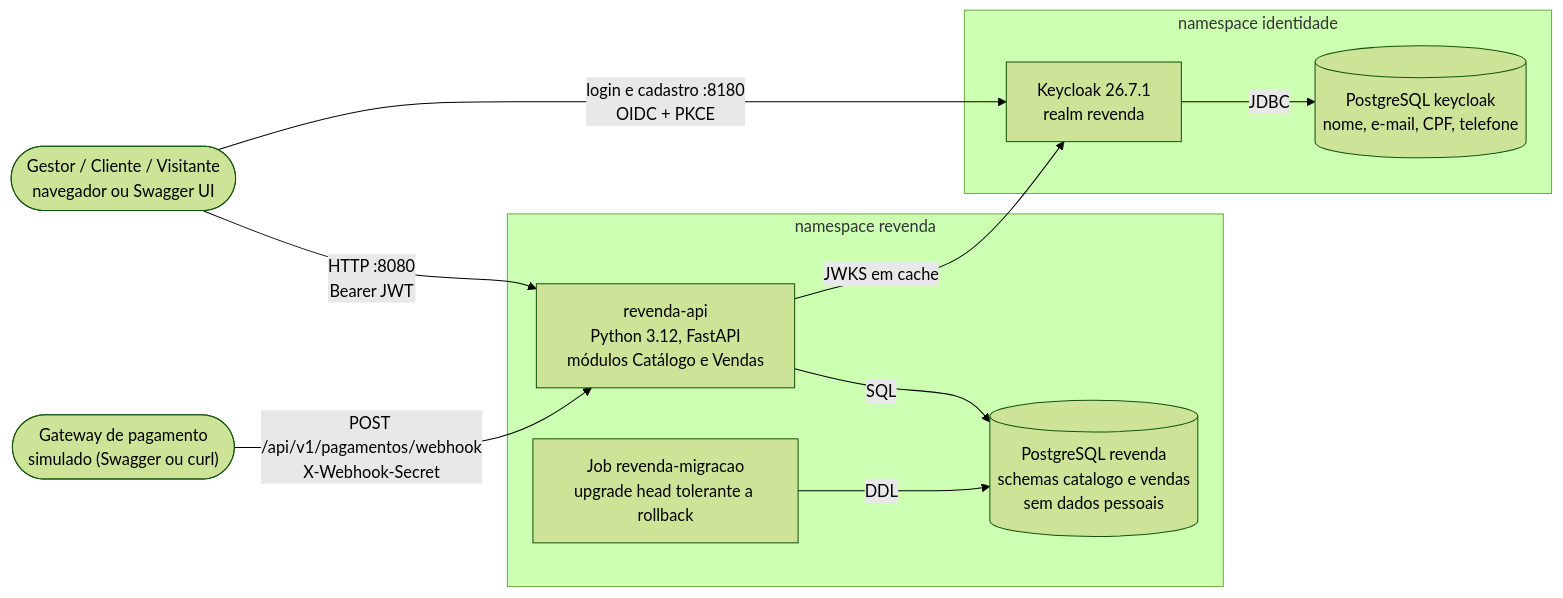
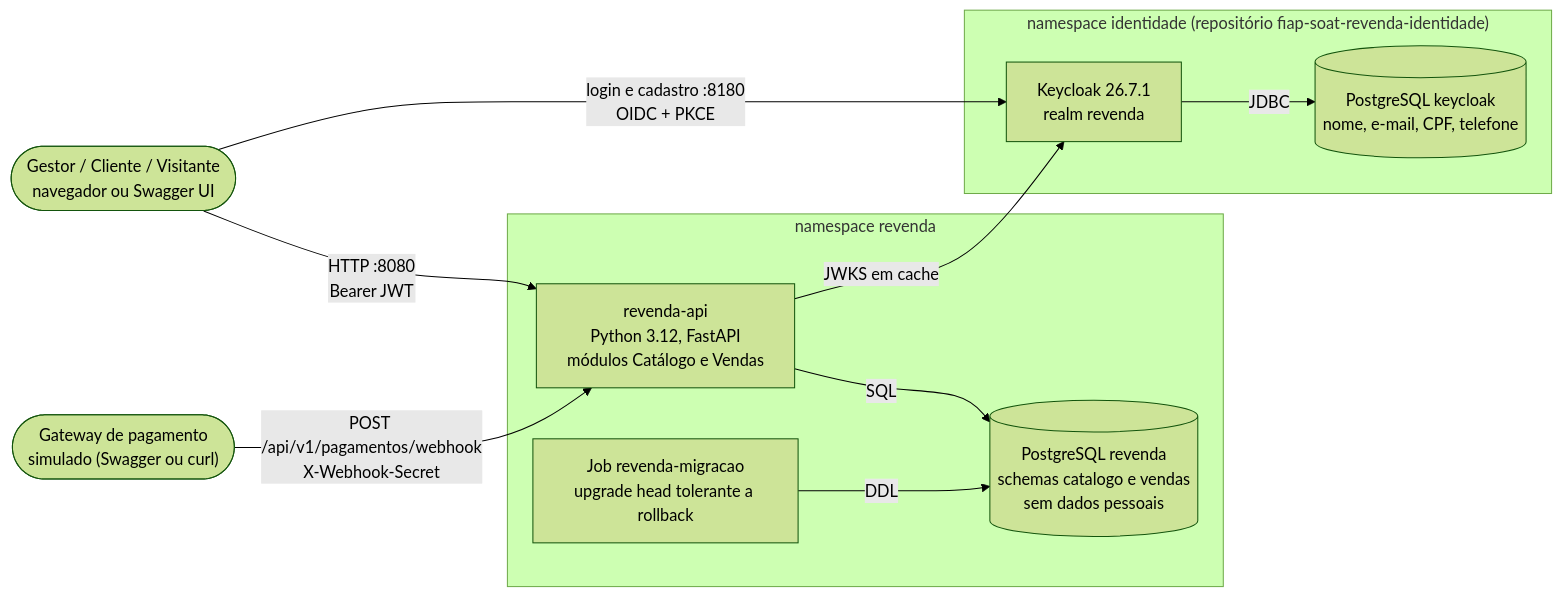
Before and after one commit to Caina-Climaco/fiap-soat-revenda-veiculos: the diagram in README.md, drawn with Mermaid (forest theme). The commit also changed other lines of this file and 39 other files, not shown here.

````diff
--- a/README.md
+++ b/README.md
@@ -69,24 +72,24 @@
 ```mermaid
 flowchart LR
   usuario(["Gestor / Cliente / Visitante<br/>navegador ou Swagger UI"])
   gw(["Gateway de pagamento<br/>simulado (Swagger ou curl)"])
 
   subgraph NSR["namespace revenda"]
     api["revenda-api<br/>Python 3.12, FastAPI<br/>módulos Catálogo e Vendas"]
     mig["Job revenda-migracao<br/>upgrade head tolerante a rollback"]
     dbr[("PostgreSQL revenda<br/>schemas catalogo e vendas<br/>sem dados pessoais")]
   end
 
-  subgraph NSI["namespace identidade"]
+  subgraph NSI["namespace identidade (repositório fiap-soat-revenda-identidade)"]
     kc["Keycloak 26.7.1<br/>realm revenda"]
     dbk[("PostgreSQL keycloak<br/>nome, e-mail, CPF, telefone")]
   end
 
   usuario -->|"HTTP :8080<br/>Bearer JWT"| api
   usuario -->|"login e cadastro :8180<br/>OIDC + PKCE"| kc
   gw -->|"POST /api/v1/pagamentos/webhook<br/>X-Webhook-Secret"| api
   api -->|"SQL"| dbr
   mig -->|"DDL"| dbr
   api -->|"JWKS em cache"| kc
   kc -->|"JDBC"| dbk
 ```
````
